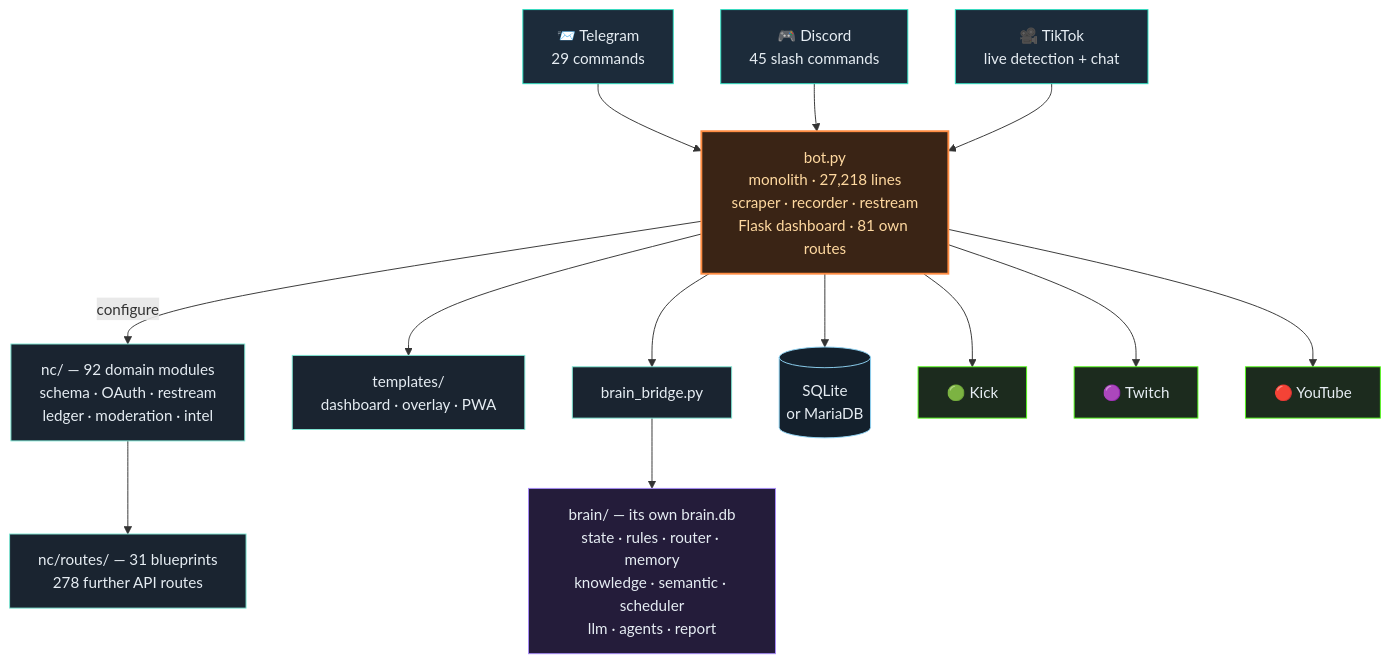
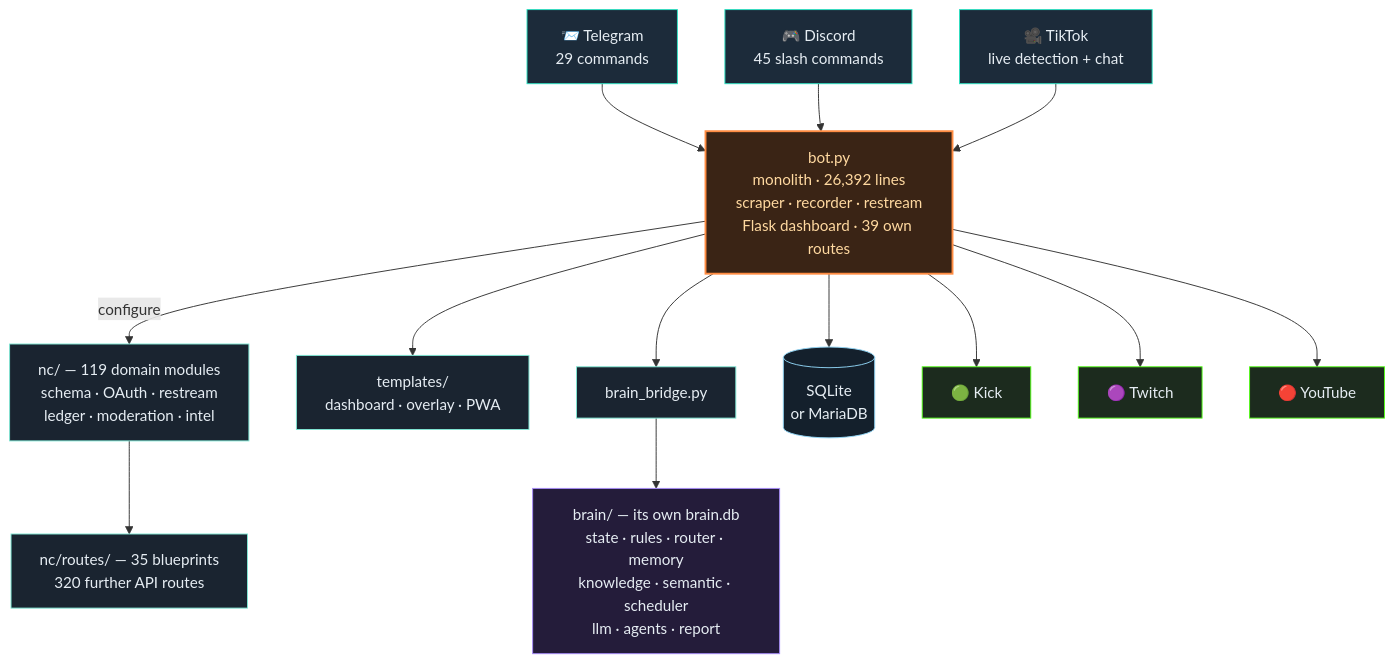
One commit to itsamemedev/Telegram-Stream-Info-Bot changed the third of 4 diagrams in README.en.md. Above: the diagram before and after it, drawn with Mermaid. The commit also changed other lines of this file and 13 other files, not shown here.

````diff
--- a/README.en.md
+++ b/README.en.md
@@ -190,30 +190,30 @@
 ```mermaid
 flowchart TB
     TG["📨 Telegram<br/>29 commands"]:::ein
     DC["🎮 Discord<br/>45 slash commands"]:::ein
     TT["🎥 TikTok<br/>live detection + chat"]:::ein
 
     TG --> BOT
     DC --> BOT
     TT --> BOT
 
-    BOT["bot.py<br/>monolith · 27,218 lines<br/>scraper · recorder · restream<br/>Flask dashboard · 81 own routes"]:::core
+    BOT["bot.py<br/>monolith · 26,392 lines<br/>scraper · recorder · restream<br/>Flask dashboard · 39 own routes"]:::core
 
-    BOT -->|configure| NC["nc/ — 92 domain modules<br/>schema · OAuth · restream<br/>ledger · moderation · intel"]:::lib
-    NC --> RT["nc/routes/ — 31 blueprints<br/>278 further API routes"]:::lib
+    BOT -->|configure| NC["nc/ — 119 domain modules<br/>schema · OAuth · restream<br/>ledger · moderation · intel"]:::lib
+    NC --> RT["nc/routes/ — 35 blueprints<br/>320 further API routes"]:::lib
     BOT --> TPL["templates/<br/>dashboard · overlay · PWA"]:::lib
     BOT --> BR["brain_bridge.py"]:::lib
     BR --> BRAIN["brain/ — its own brain.db<br/>state · rules · router · memory<br/>knowledge · semantic · scheduler<br/>llm · agents · report"]:::brain
     BOT --> DB[("SQLite<br/>or MariaDB")]:::db
 
     BOT --> KICK["🟢 Kick"]:::out
     BOT --> TW["🟣 Twitch"]:::out
     BOT --> YT["🔴 YouTube"]:::out
 
     classDef ein fill:#1c2b3a,stroke:#2de1c2,color:#e6edf3
     classDef core fill:#3a2415,stroke:#ff8c42,stroke-width:2px,color:#ffd9a0
     classDef lib fill:#1a2430,stroke:#7fe7d4,color:#e6edf3
     classDef brain fill:#241c3a,stroke:#a78bfa,color:#e6edf3
     classDef db fill:#14202c,stroke:#8fd3f4,color:#e6edf3
     classDef out fill:#1c2b1e,stroke:#53fc18,color:#e6edf3
 ```
````
